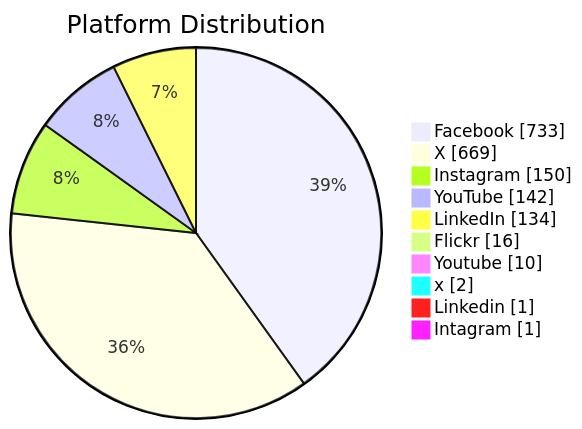
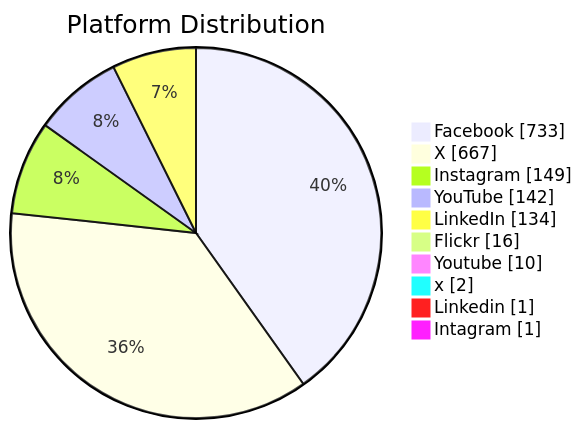
Before and after one commit to PatLittle/GC-Socials: the second of 6 diagrams in README.md, drawn with Mermaid. The commit also changed other lines of this file, not shown here.

Commit message:
Update README with Platform Distribution pie chart

````diff
--- a/README.md
+++ b/README.md
@@ -62,13 +62,13 @@
 ```mermaid
 pie showData title Platform Distribution
     "Facebook": 733
-    "X": 669
-    "Instagram": 150
+    "X": 667
+    "Instagram": 149
     "YouTube": 142
     "LinkedIn": 134
     "Flickr": 16
     "Youtube": 10
     "x": 2
     "Linkedin": 1
     "Intagram": 1
 ```
````
